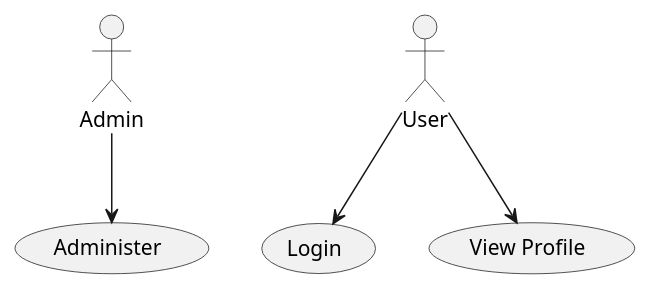
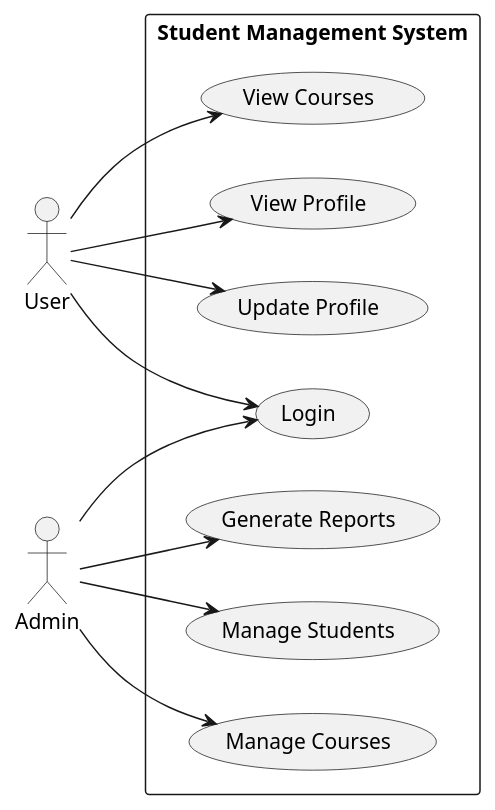
The diagram in UML Diagrams/useCaseDiagram.puml (jagratadeb/System-Design), drawn with PlantUML before and after one commit. The commit also changed 2 other files, not shown here.

Commit message:
better diagrams

```diff
--- a/UML Diagrams/useCaseDiagram.puml
+++ b/UML Diagrams/useCaseDiagram.puml
@@ -1,14 +1,28 @@
 @startuml
 
+left to right direction
+
+actor User
 actor Admin
-actor User
 
-usecase "Login" as UC1
-usecase "View Profile" as UC2
-usecase "Administer" as UC3
+rectangle "Student Management System" {
+    usecase "Login" as UC1
+    usecase "View Profile" as UC2
+    usecase "Update Profile" as UC3
+    usecase "View Courses" as UC4
+    usecase "Manage Students" as UC5
+    usecase "Manage Courses" as UC6
+    usecase "Generate Reports" as UC7
+}
 
 User --> UC1
 User --> UC2
-Admin --> UC3
+User --> UC3
+User --> UC4
+
+Admin --> UC1
+Admin --> UC5
+Admin --> UC6
+Admin --> UC7
 
 @enduml
```
